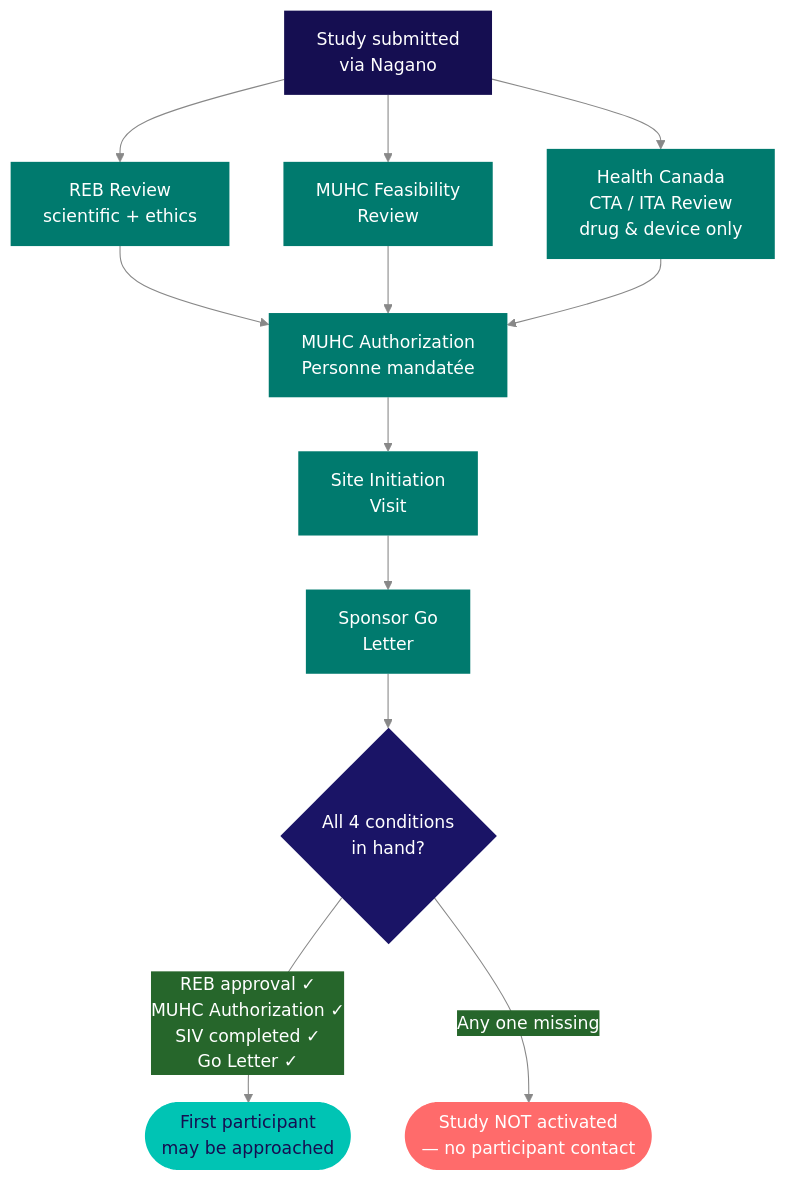
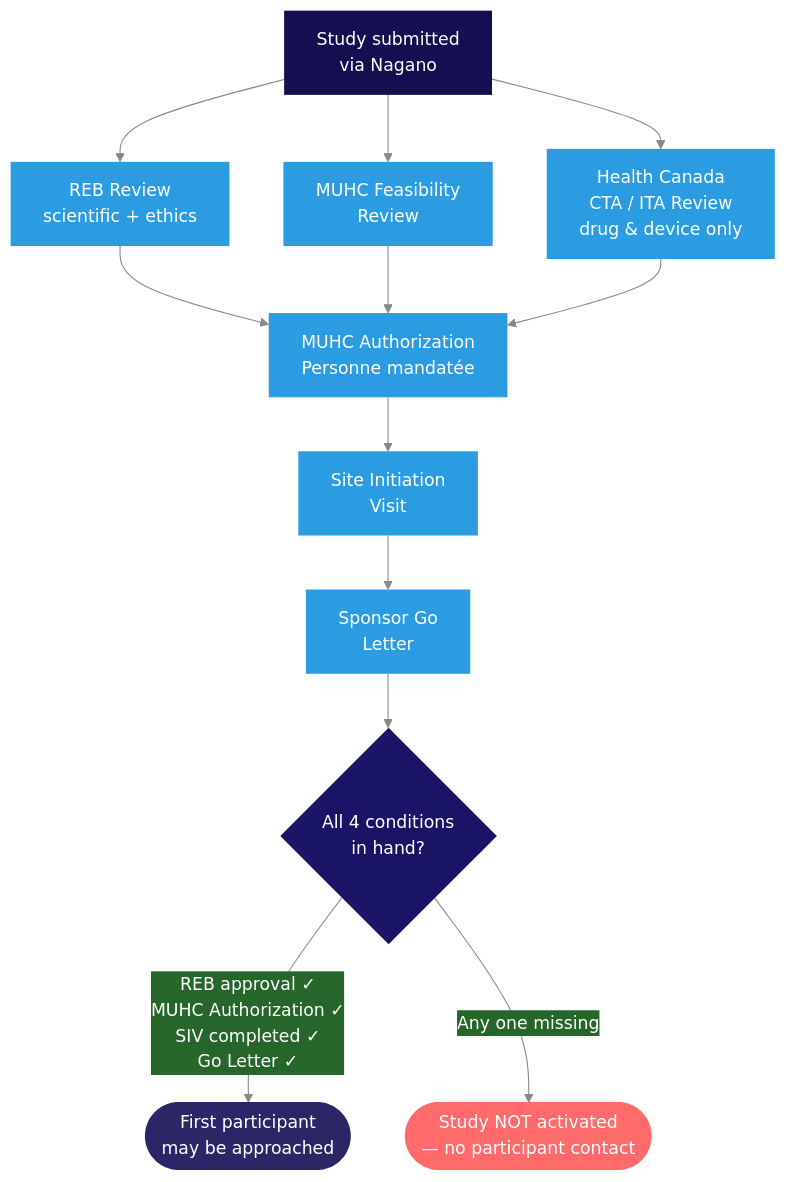
The diagram in kb/site-setup.mdx (matthewfiorentino/docs), drawn with Mermaid before and after one commit. The commit also changed 36 other files, not shown here.

````diff
--- a/kb/site-setup.mdx
+++ b/kb/site-setup.mdx
@@ -54,30 +54,30 @@
 ```mermaid
 %%{init: {'theme':'base','themeVariables':{'primaryColor':'#2b2666','primaryTextColor':'#ffffff','primaryBorderColor':'#2b2666','lineColor':'#888','fontFamily':'system-ui,sans-serif'}}}%%
 flowchart TD
     SUB[Study submitted<br/>via Nagano]
 
     SUB --> REB[REB Review<br/>scientific + ethics]
     SUB --> MUHCF[MUHC Feasibility<br/>Review]
     SUB --> HC[Health Canada<br/>CTA / ITA Review<br/>drug & device only]
 
     REB --> AUTH[MUHC Authorization<br/>Personne mandatée]
     MUHCF --> AUTH
     HC --> AUTH
 
     AUTH --> SIV[Site Initiation<br/>Visit]
     SIV --> GO[Sponsor Go<br/>Letter]
     GO --> GATE{"All 4 conditions<br/>in hand?"}
     GATE -->|"REB approval ✓<br/>MUHC Authorization ✓<br/>SIV completed ✓<br/>Go Letter ✓"| FP([First participant<br/>may be approached])
     GATE -->|"Any one missing"| BLOCK([Study NOT activated<br/>— no participant contact])
 
     style SUB fill:#150e51,color:#fff,stroke:none
-    style HC  fill:#007a6e,color:#fff,stroke:none
-    style REB fill:#007a6e,color:#fff,stroke:none
-    style MUHCF fill:#007a6e,color:#fff,stroke:none
-    style AUTH fill:#007a6e,color:#fff,stroke:none
-    style SIV  fill:#007a6e,color:#fff,stroke:none
-    style GO   fill:#007a6e,color:#fff,stroke:none
+    style HC  fill:#2b9ce2,color:#fff,stroke:none
+    style REB fill:#2b9ce2,color:#fff,stroke:none
+    style MUHCF fill:#2b9ce2,color:#fff,stroke:none
+    style AUTH fill:#2b9ce2,color:#fff,stroke:none
+    style SIV  fill:#2b9ce2,color:#fff,stroke:none
+    style GO   fill:#2b9ce2,color:#fff,stroke:none
     style GATE fill:#1a1466,color:#fff,stroke:none
-    style FP   fill:#00c4b4,color:#150e51,stroke:none
+    style FP   fill:#2b2666,color:#fff,stroke:none
     style BLOCK fill:#ff6b6b,color:#fff,stroke:none
 ```
````
